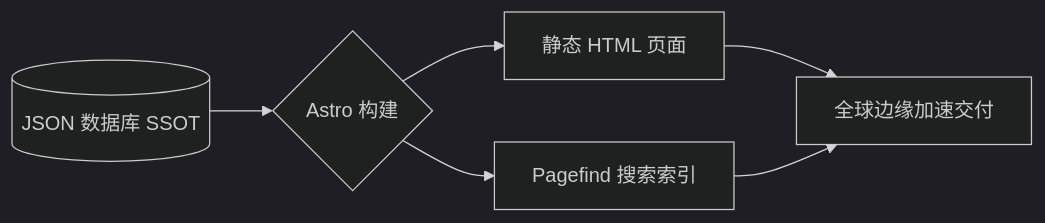
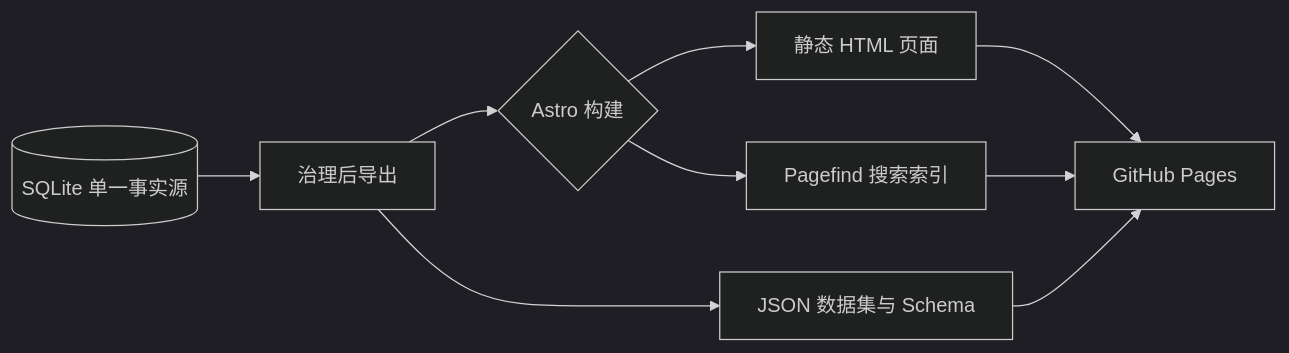
The diagram in README.zh.md (liuh886/ccus-policy-hub), drawn with Mermaid (dark theme) before and after one commit. The commit also changed other lines of this file, not shown here.

````diff
--- a/README.zh.md
+++ b/README.zh.md
@@ -58,8 +101,11 @@
 ```mermaid
 graph LR
-    A[(JSON 数据库 SSOT)] --> B{Astro 构建}
-    B --> C[静态 HTML 页面]
-    B --> D[Pagefind 搜索索引]
-    C --> E[全球边缘加速交付]
-    D --> E
+    A[(SQLite 单一事实源)] --> B[治理后导出]
+    B --> C{Astro 构建}
+    C --> D[静态 HTML 页面]
+    C --> E[Pagefind 搜索索引]
+    B --> F[JSON 数据集与 Schema]
+    D --> G[GitHub Pages]
+    E --> G
+    F --> G
 ```
````
